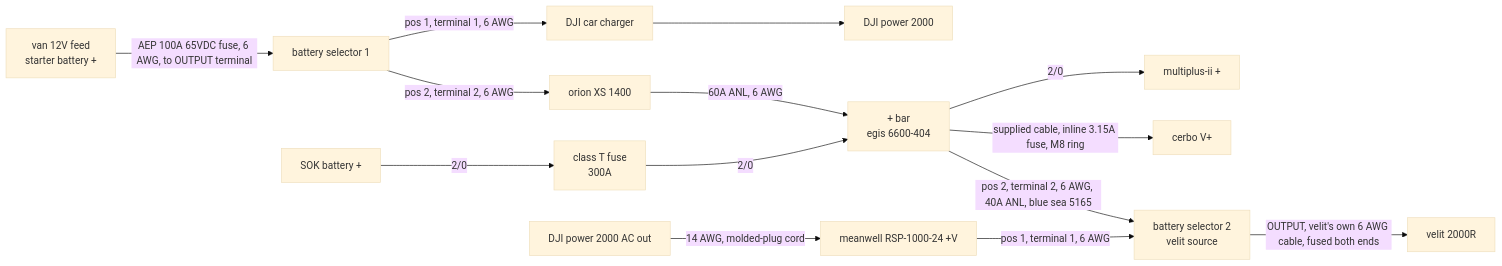
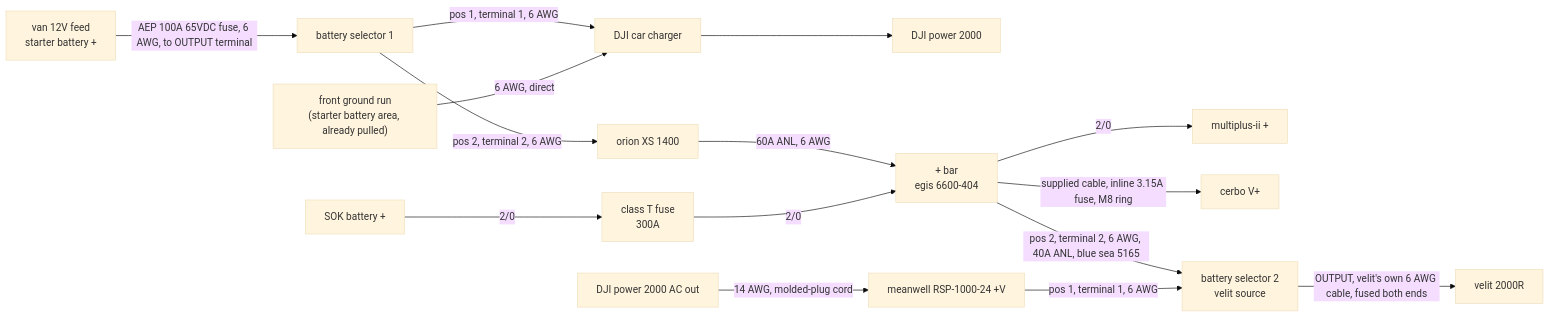
One commit to timit/vandalia changed the third of 6 diagrams in electrical/PLAN.md. Above: the diagram before and after it, drawn with Mermaid (base theme). The commit also changed other lines of this file, not shown here.

First line of the commit message:
give the DJI alternator charger its own dedicated ground, separate from the orion XS

````diff
--- a/electrical/PLAN.md
+++ b/electrical/PLAN.md
@@ -110,16 +110,17 @@
 ```mermaid
 flowchart LR
   vf["van 12V feed<br/>starter battery +"] -->|"AEP 100A 65VDC fuse, 6 AWG, to OUTPUT terminal"| s1["battery selector 1"]
   s1 -->|"pos 1, terminal 1, 6 AWG"| djic["DJI car charger"]
   s1 -->|"pos 2, terminal 2, 6 AWG"| xs["orion XS 1400"]
+  fgnd["front ground run<br/>(starter battery area, already pulled)"] -->|"6 AWG, direct"| djic
   djic --> djip["DJI power 2000"]
   xs -->|"60A ANL, 6 AWG"| pbar["+ bar<br/>egis 6600-404"]
   sok["SOK battery +"] -->|"2/0"| ct["class T fuse<br/>300A"]
   ct -->|"2/0"| pbar
   pbar -->|"2/0"| mp["multiplus-ii +"]
   pbar -->|"supplied cable, inline 3.15A fuse, M8 ring"| cerbo["cerbo V+"]
   pbar -->|"pos 2, terminal 2, 6 AWG, 40A ANL, blue sea 5165"| s2["battery selector 2<br/>velit source"]
   mw["meanwell RSP-1000-24 +V"] -->|"pos 1, terminal 1, 6 AWG"| s2
   djiout2["DJI power 2000 AC out"] -->|"14 AWG, molded-plug cord"| mw
   s2 -->|"OUTPUT, velit's own 6 AWG cable, fused both ends"| velit["velit 2000R"]
 ```
````
